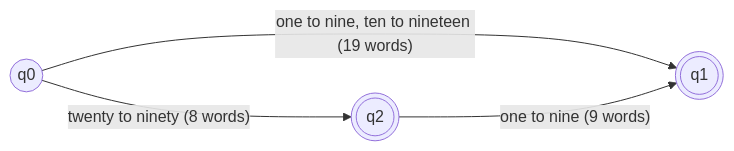
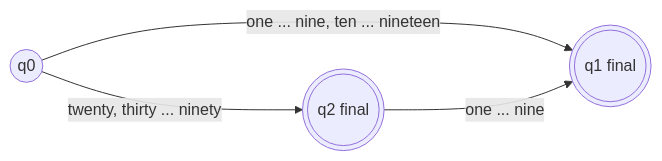
One commit to TrendySloth1001/sem-seven-notes changed the sixth of 6 diagrams in content/natural-language-processing/notes/morphology-fst.hi.mdx. Above: the diagram before and after it, drawn with Mermaid. The commit also changed other lines of this file and 406 other files, not shown here.

````diff
--- a/content/natural-language-processing/notes/morphology-fst.hi.mdx
+++ b/content/natural-language-processing/notes/morphology-fst.hi.mdx
@@ -303,7 +261,7 @@
 ```mermaid
-%% caption: English number words 1 se 99 ka FSA. q1 us complete number ke baad aata hai jo unit ya teen word pe khatam hota hai. q2 tens word ke baad aata hai, aur q1, q2 dono final hain. Tens word ke baad unit aa sakta hai, jaise forty two, lekin teen nahi.
+%% caption: Number words 1 se 99 ke liye FSA. Units aur teens ek word hain; tens word (twenty se ninety) ke baad ek unit aa sakta hai.
 flowchart LR
-  S(("q0")) -->|"one to nine, ten to nineteen (19 words)"| Q1((("q1")))
-  S -->|"twenty to ninety (8 words)"| Q2((("q2")))
-  Q2 -->|"one to nine (9 words)"| Q1
+  S(("q0")) -- "one ... nine, ten ... nineteen" --> U((("q1 final")))
+  S -- "twenty, thirty ... ninety" --> T((("q2 final")))
+  T -- "one ... nine" --> U
 ```
````
